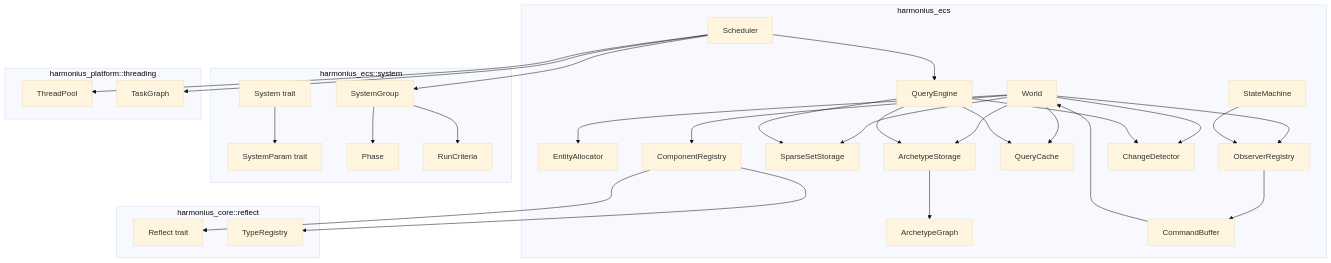
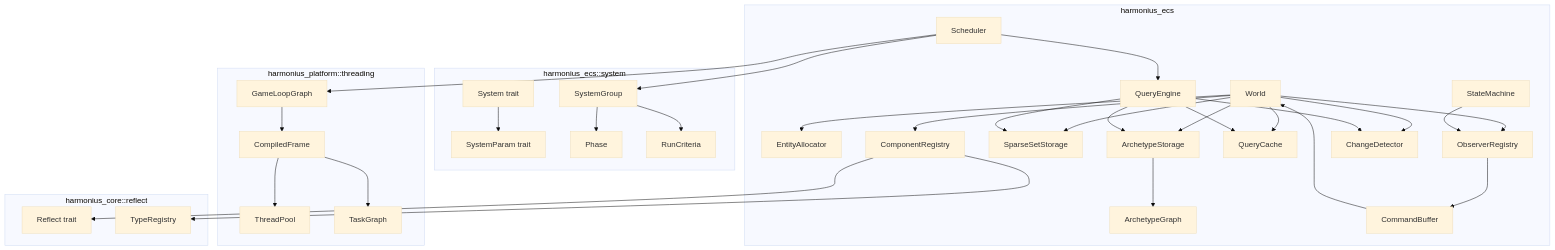
Before and after one commit to harmonius-dev/harmonius: the first of 9 diagrams in docs/design/core-runtime/ecs.md, drawn with Mermaid (base theme). The commit also changed other lines of this file and 375 other files, not shown here.

````diff
--- a/docs/design/core-runtime/ecs.md
+++ b/docs/design/core-runtime/ecs.md
@@ -90,64 +90,68 @@
 ```mermaid
 graph TD
     subgraph "harmonius_ecs"
         W[World]
         EA[EntityAllocator]
         AS[ArchetypeStorage]
         AG[ArchetypeGraph]
         SS[SparseSetStorage]
         CR[ComponentRegistry]
         QC[QueryCache]
         QE[QueryEngine]
         SC[Scheduler]
         CB[CommandBuffer]
         OB[ObserverRegistry]
         CD[ChangeDetector]
         SM[StateMachine]
     end
 
     subgraph "harmonius_ecs::system"
         SY[System trait]
         SP[SystemParam trait]
         SG[SystemGroup]
         PH[Phase]
         RC[RunCriteria]
     end
 
     subgraph "harmonius_platform::threading"
         TP[ThreadPool]
         TG[TaskGraph]
+        GLG[GameLoopGraph]
+        CF[CompiledFrame]
     end
 
     subgraph "harmonius_core::reflect"
         RF[Reflect trait]
         TR[TypeRegistry]
     end
 
     W --> EA
     W --> AS
     W --> SS
     W --> CR
     W --> QC
     W --> OB
     W --> CD
 
     AS --> AG
     CR --> RF
     CR --> TR
     QE --> QC
     QE --> AS
     QE --> SS
     QE --> CD
 
-    SC --> TG
-    SC --> TP
+    SC --> GLG
+    GLG --> CF
+    CF --> TG
+    CF --> TP
     SC --> SG
     SC --> QE
     SG --> PH
     SG --> RC
 
     CB --> W
     OB --> CB
     SM --> OB
     SY --> SP
 ```
````
